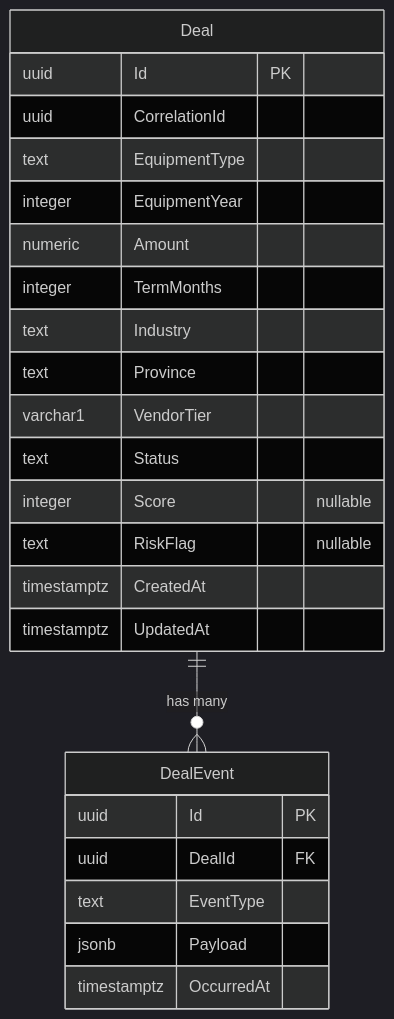
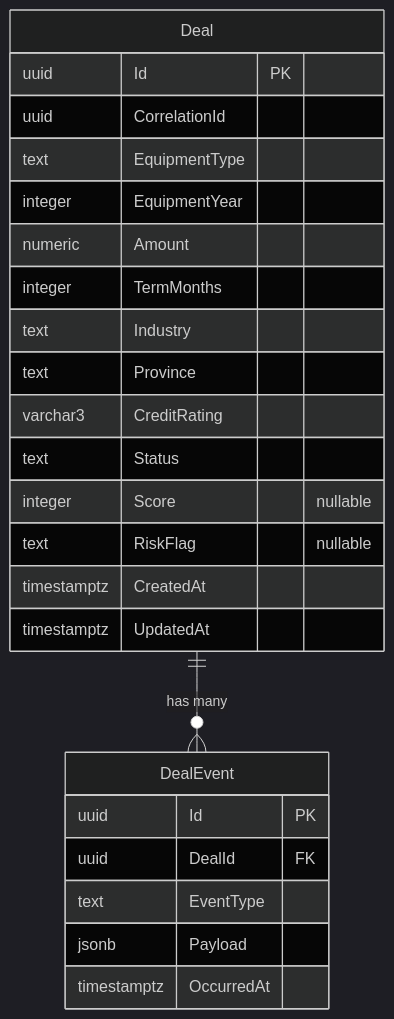
One commit to kianis4/Deal-Flow-Sandbox changed the fourth of 6 diagrams in README.md. Above: the diagram before and after it, drawn with Mermaid (dark theme). The commit also changed other lines of this file and 1 other file, not shown here.

````diff
--- a/README.md
+++ b/README.md
@@ -132,29 +132,29 @@
 ```mermaid
 erDiagram
     Deal {
         uuid        Id           PK
         uuid        CorrelationId
         text        EquipmentType
         integer     EquipmentYear
         numeric     Amount
         integer     TermMonths
         text        Industry
         text        Province
-        varchar1    VendorTier
+        varchar3    CreditRating
         text        Status
         integer     Score          "nullable"
         text        RiskFlag       "nullable"
         timestamptz CreatedAt
         timestamptz UpdatedAt
     }
 
     DealEvent {
         uuid        Id          PK
         uuid        DealId      FK
         text        EventType
         jsonb       Payload
         timestamptz OccurredAt
     }
 
     Deal ||--o{ DealEvent : "has many"
 ```
````
